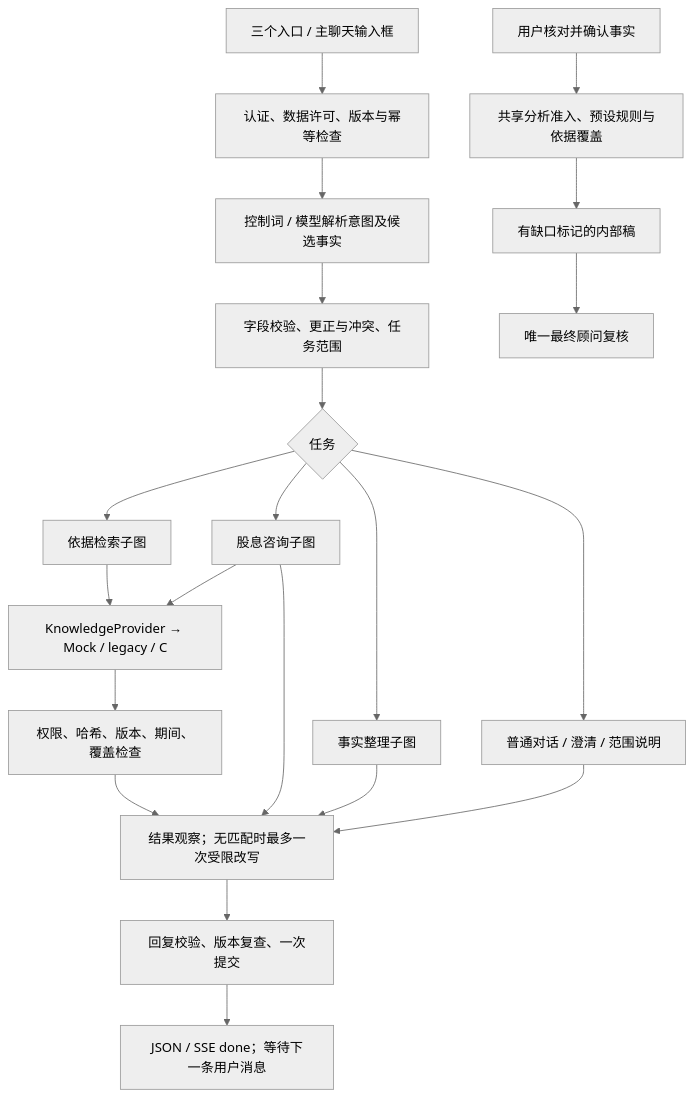
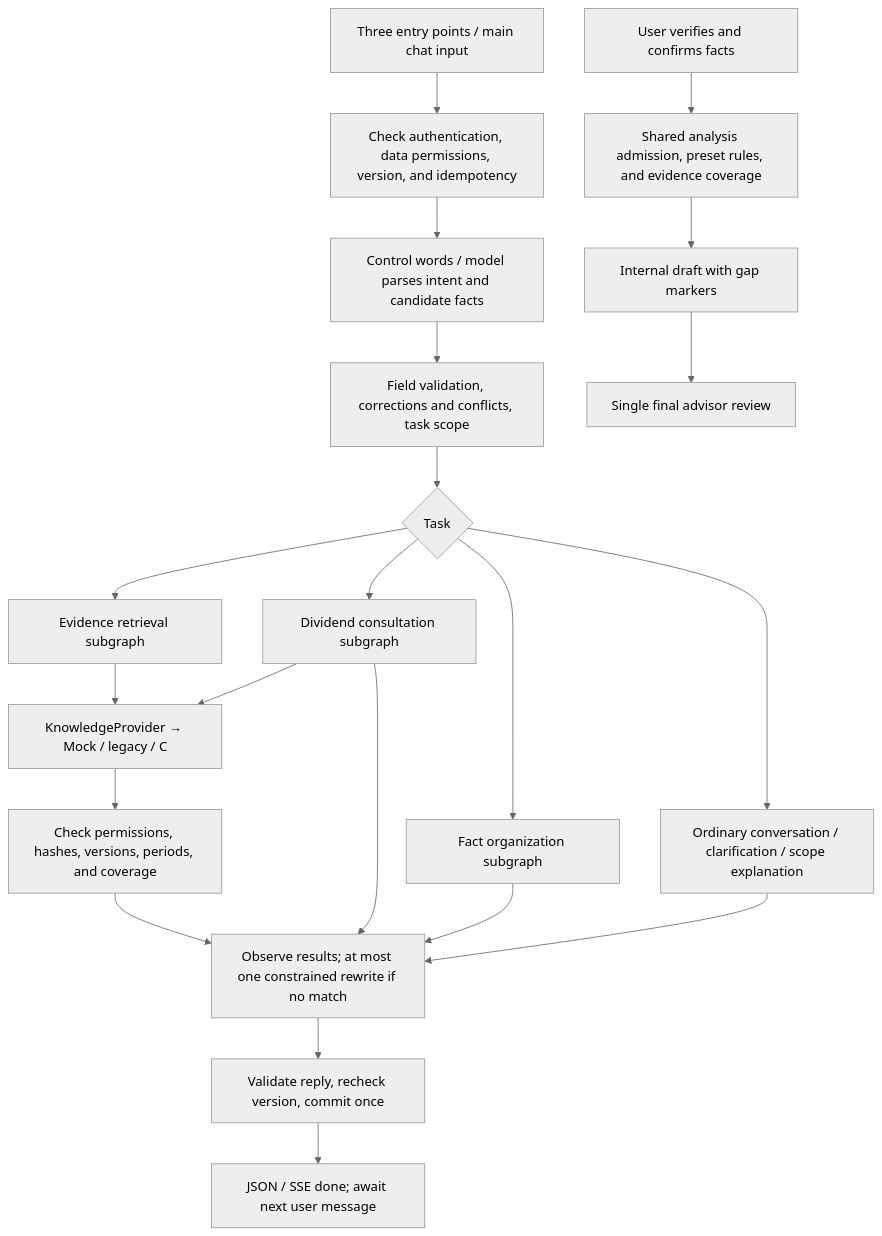
Before and after one commit to 1726621062qqcom-ctrl/Asia-Tax-AI-Agent: the diagram in docs/implementation/B_TEAM_HANDOFF.md, drawn with Mermaid (neutral theme). The commit also changed other lines of this file and 59 other files, not shown here.

````diff
--- a/docs/implementation/B_TEAM_HANDOFF.md
+++ b/docs/implementation/B_TEAM_HANDOFF.md
@@ -31,23 +39,23 @@
 ```mermaid
 flowchart TD
-    UI[三个入口 / 主聊天输入框] --> Gate[认证、数据许可、版本与幂等检查]
-    Gate --> Route[控制词 / 模型解析意图及候选事实]
-    Route --> Facts[字段校验、更正与冲突、任务范围]
-    Facts --> Dispatch{任务}
-    Dispatch --> Consult[股息咨询子图]
-    Dispatch --> Intake[事实整理子图]
-    Dispatch --> Reference[依据检索子图]
-    Dispatch --> Chat[普通对话 / 澄清 / 范围说明]
+    UI["Three entry points / main chat input"] --> Gate["Check authentication, data permissions, version, and idempotency"]
+    Gate --> Route["Control words / model parses intent and candidate facts"]
+    Route --> Facts["Field validation, corrections and conflicts, task scope"]
+    Facts --> Dispatch{"Task"}
+    Dispatch --> Consult["Dividend consultation subgraph"]
+    Dispatch --> Intake["Fact organization subgraph"]
+    Dispatch --> Reference["Evidence retrieval subgraph"]
+    Dispatch --> Chat["Ordinary conversation / clarification / scope explanation"]
     Reference --> Provider[KnowledgeProvider → Mock / legacy / C]
     Consult --> Provider
-    Provider --> Check[权限、哈希、版本、期间、覆盖检查]
-    Check --> Observe[结果观察；无匹配时最多一次受限改写]
+    Provider --> Check["Check permissions, hashes, versions, periods, and coverage"]
+    Check --> Observe["Observe results; at most one constrained rewrite if no match"]
     Consult --> Observe
     Intake --> Observe
     Chat --> Observe
-    Observe --> Save[回复校验、版本复查、一次提交]
-    Save --> Reply[JSON / SSE done；等待下一条用户消息]
-    Confirm[用户核对并确认事实] --> Analyze[共享分析准入、预设规则与依据覆盖]
-    Analyze --> Draft[有缺口标记的内部稿]
-    Draft --> Review[唯一最终顾问复核]
+    Observe --> Save["Validate reply, recheck version, commit once"]
+    Save --> Reply["JSON / SSE done; await next user message"]
+    Confirm["User verifies and confirms facts"] --> Analyze["Shared analysis admission, preset rules, and evidence coverage"]
+    Analyze --> Draft["Internal draft with gap markers"]
+    Draft --> Review["Single final advisor review"]
 ```
````
